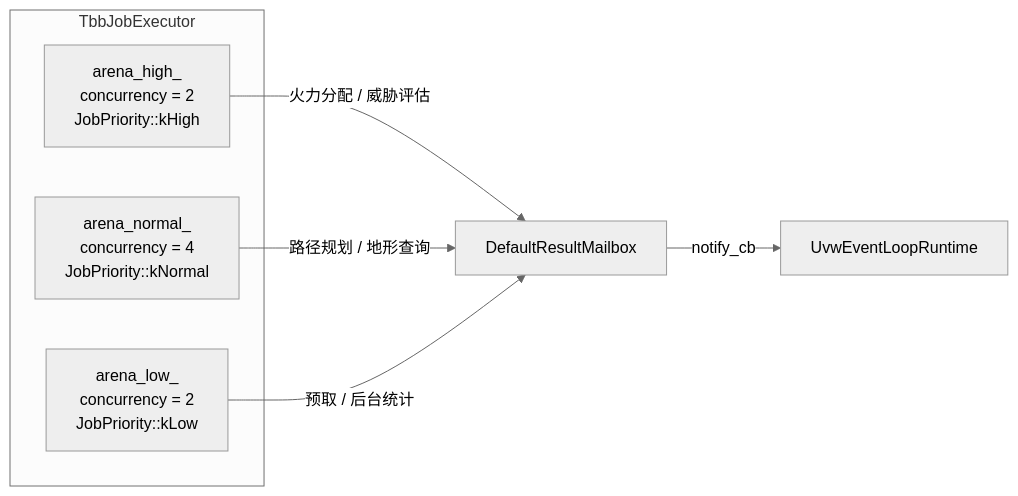
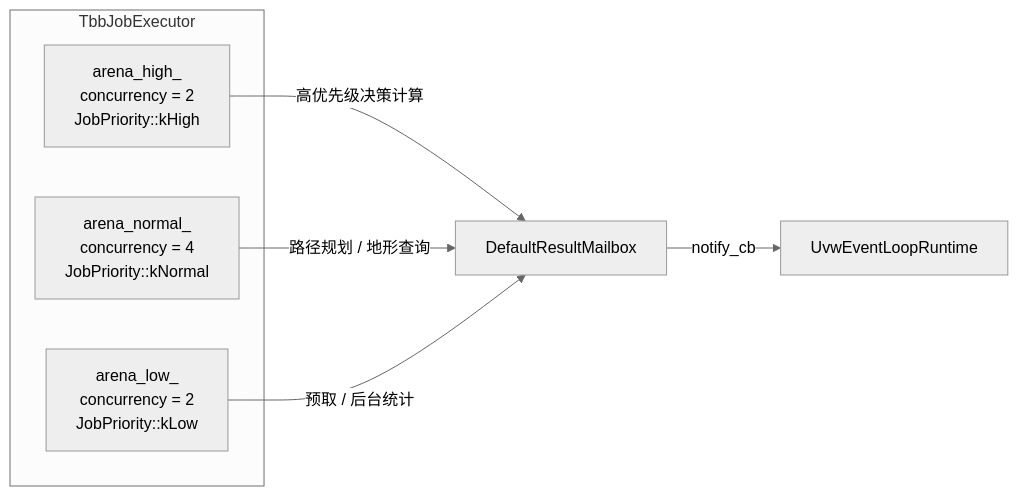
Before and after one commit to xin-gao-04/sim-behavior: the sixth of 8 diagrams in docs/design/architecture.md, drawn with Mermaid (neutral theme). The commit also changed other lines of this file and 3 other files, not shown here.

````diff
--- a/docs/design/architecture.md
+++ b/docs/design/architecture.md
@@ -215,13 +215,13 @@
 ```mermaid
 graph LR
     subgraph TBB["TbbJobExecutor"]
         AH["arena_high_\nconcurrency = 2\nJobPriority::kHigh"]
         AN["arena_normal_\nconcurrency = 4\nJobPriority::kNormal"]
         AL["arena_low_\nconcurrency = 2\nJobPriority::kLow"]
     end
 
-    AH -->|"火力分配 / 威胁评估"| MB["DefaultResultMailbox"]
+    AH -->|"高优先级决策计算"| MB["DefaultResultMailbox"]
     AN -->|"路径规划 / 地形查询"| MB
     AL -->|"预取 / 后台统计"| MB
     MB -->|"notify_cb"| UVW["UvwEventLoopRuntime"]
 ```
````
